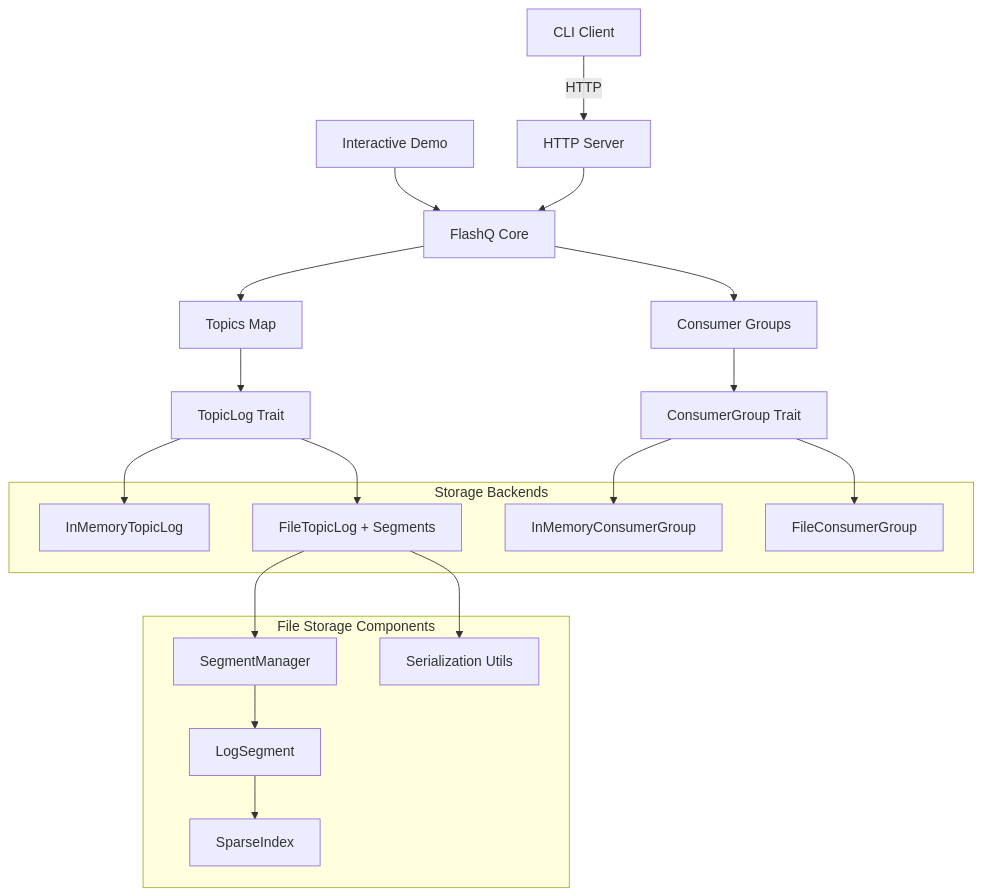
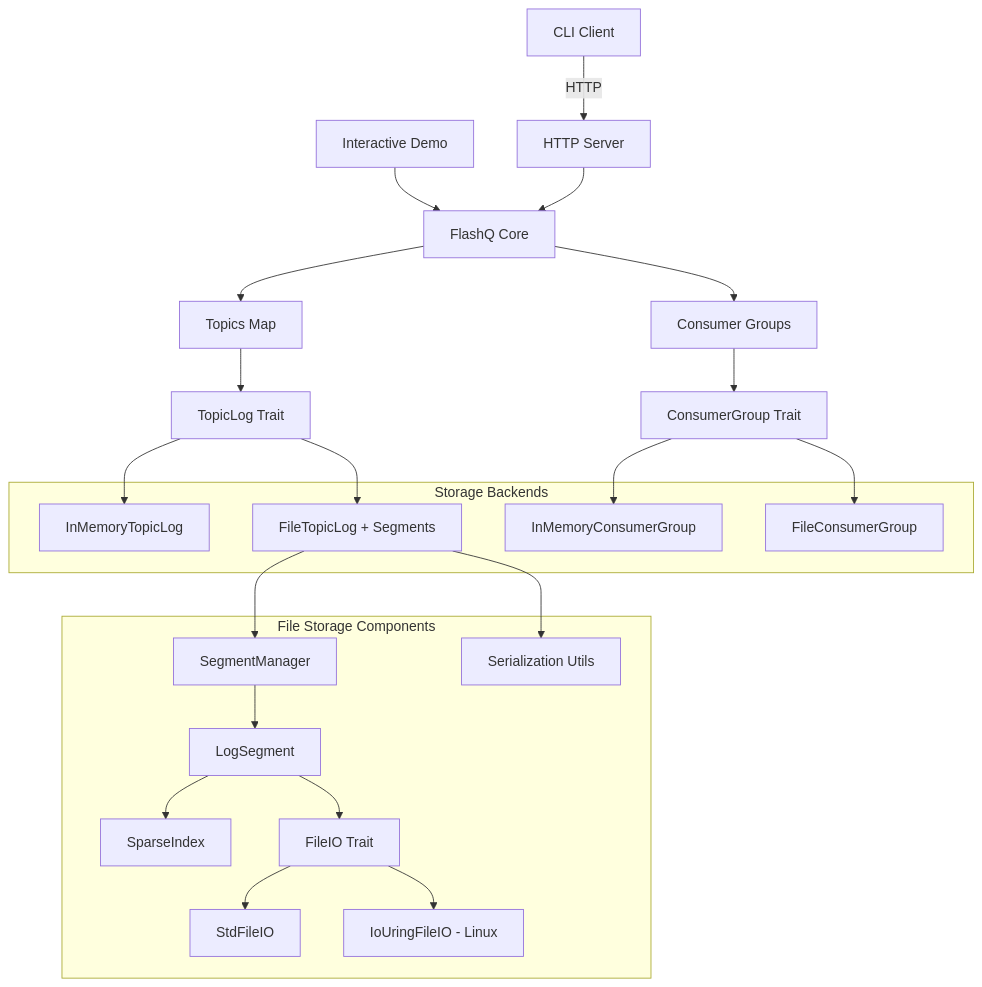
Before and after one commit to harshitmahapatra/flashq: the first of 2 diagrams in docs/architecture.md, drawn with Mermaid. The commit also changed other lines of this file and 33 other files, not shown here.

First line of the commit message:
Add io_uring file I/O support with trait-based architecture (#52)

````diff
--- a/docs/architecture.md
+++ b/docs/architecture.md
@@ -7,36 +7,42 @@
 ```mermaid
 graph TD
     A[CLI Client] -->|HTTP| B[HTTP Server]
     C[Interactive Demo] --> D[FlashQ Core]
     B --> D
     
     D --> E[Topics Map]
     D --> F[Consumer Groups]
     
     E --> G[TopicLog Trait]
     F --> H[ConsumerGroup Trait]
     
     subgraph "Storage Backends"
         I[InMemoryTopicLog]
         J[FileTopicLog + Segments]
         K[InMemoryConsumerGroup]
         L[FileConsumerGroup]
     end
     
     subgraph "File Storage Components"
         M[SegmentManager]
         N[LogSegment]
         O[SparseIndex]
         P[Serialization Utils]
+        Q[FileIO Trait]
+        R[StdFileIO]
+        S[IoUringFileIO - Linux]
     end
     
     J --> M
     M --> N
     N --> O
     J --> P
+    N --> Q
+    Q --> R
+    Q --> S
     
     G --> I
     G --> J
     H --> K
     H --> L
 ```
````
